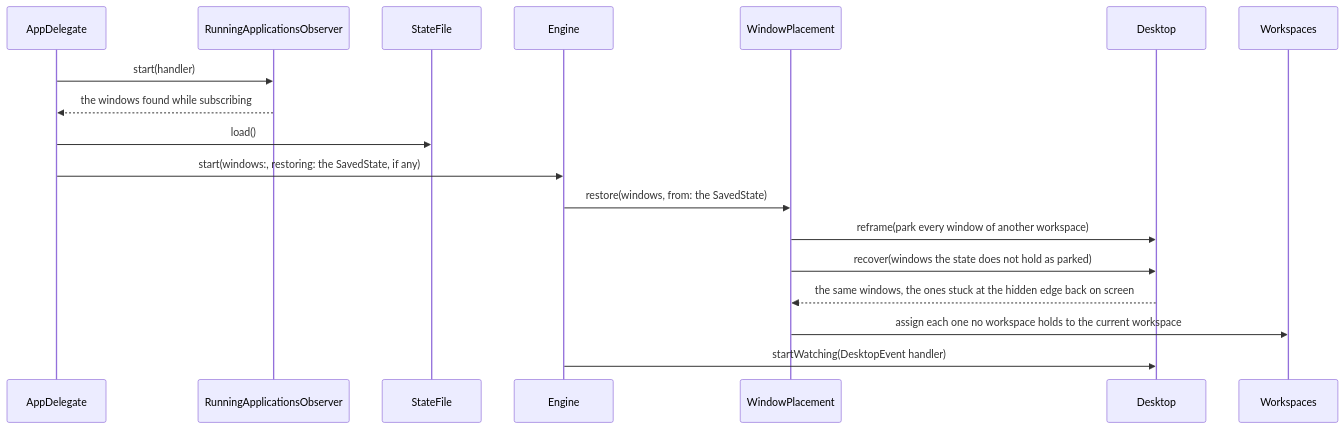
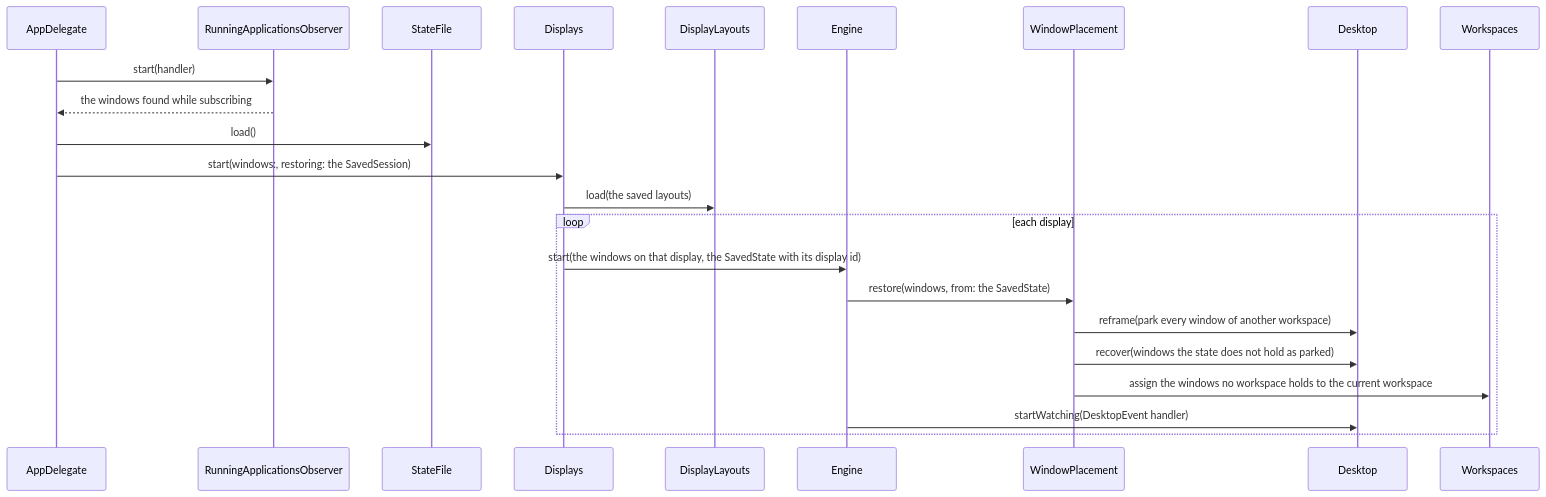
Before and after one commit to brennovich/ottowm: the tenth of 25 diagrams in ARCHITECTURE.md, drawn with Mermaid. The commit also changed other lines of this file and 71 other files, not shown here.

First line of the commit message:
Run one engine and one Pager per display

````diff
--- a/ARCHITECTURE.md
+++ b/ARCHITECTURE.md
@@ -242,13 +263,16 @@
 ```mermaid
 sequenceDiagram
     AppDelegate->>RunningApplicationsObserver: start(handler)
     RunningApplicationsObserver-->>AppDelegate: the windows found while subscribing
     AppDelegate->>StateFile: load()
-    AppDelegate->>Engine: start(windows:, restoring: the SavedState, if any)
-    Engine->>WindowPlacement: restore(windows, from: the SavedState)
-    WindowPlacement->>Desktop: reframe(park every window of another workspace)
-    WindowPlacement->>Desktop: recover(windows the state does not hold as parked)
-    Desktop-->>WindowPlacement: the same windows, the ones stuck at the hidden edge back on screen
-    WindowPlacement->>Workspaces: assign each one no workspace holds to the current workspace
-    Engine->>Desktop: startWatching(DesktopEvent handler)
+    AppDelegate->>Displays: start(windows:, restoring: the SavedSession)
+    Displays->>DisplayLayouts: load(the saved layouts)
+    loop each display
+        Displays->>Engine: start(the windows on that display, the SavedState with its display id)
+        Engine->>WindowPlacement: restore(windows, from: the SavedState)
+        WindowPlacement->>Desktop: reframe(park every window of another workspace)
+        WindowPlacement->>Desktop: recover(windows the state does not hold as parked)
+        WindowPlacement->>Workspaces: assign the windows no workspace holds to the current workspace
+        Engine->>Desktop: startWatching(DesktopEvent handler)
+    end
 ```
````
